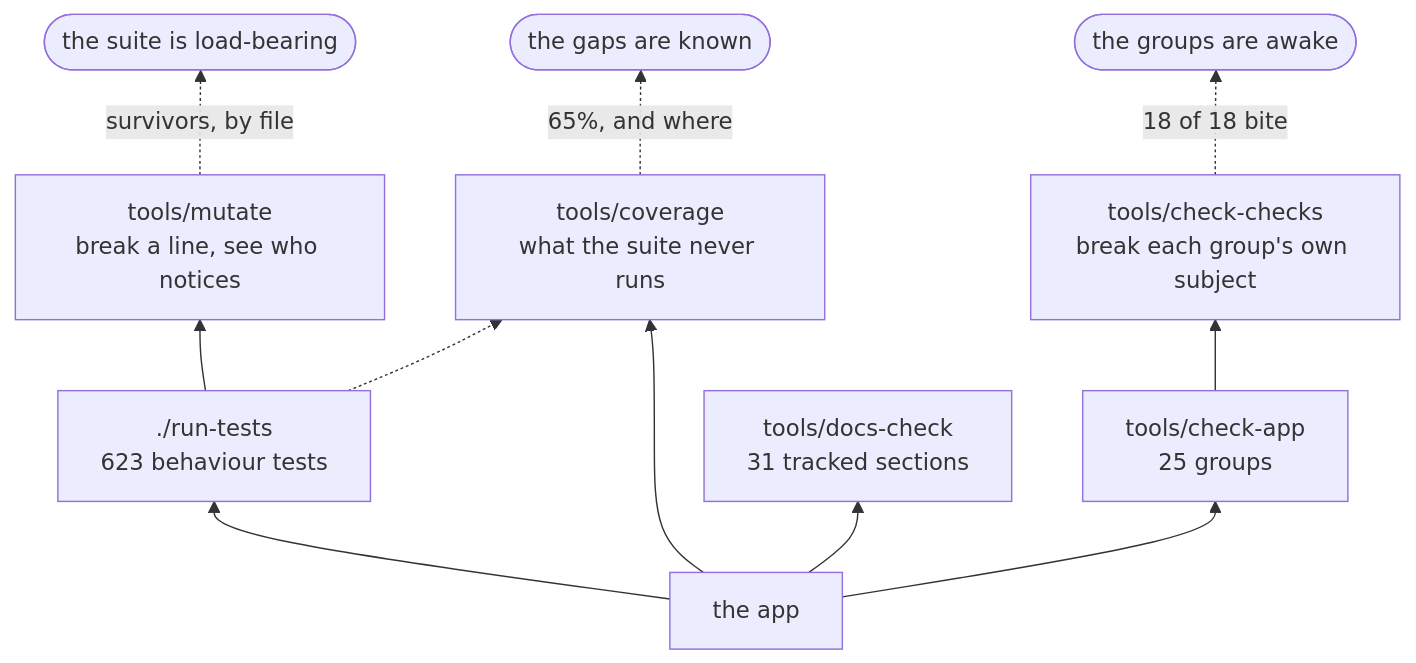
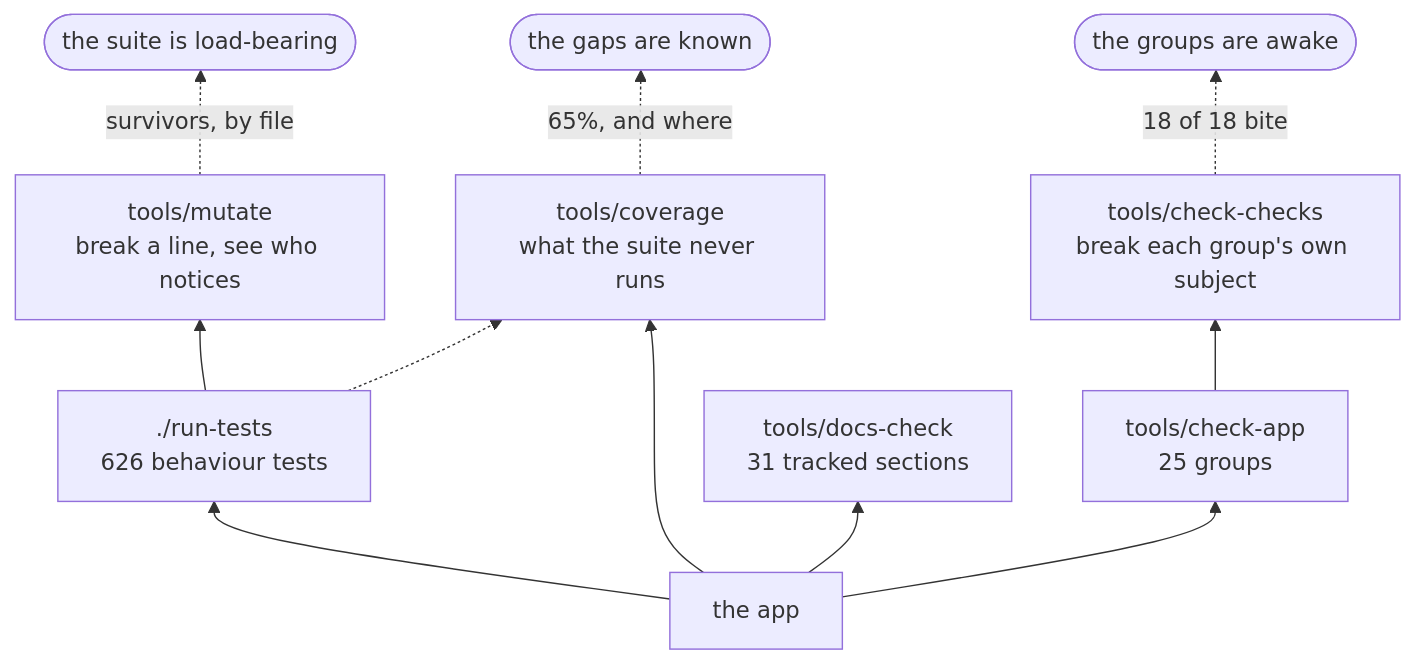
One commit to minormending/crystal-pilot-mobile changed the second of 2 diagrams in docs/DEVELOPING.md. Above: the diagram before and after it, drawn with Mermaid. The commit also changed other lines of this file and 5 other files, not shown here.

````diff
--- a/docs/DEVELOPING.md
+++ b/docs/DEVELOPING.md
@@ -124,13 +124,13 @@
 ```mermaid
 flowchart BT
-    C["the app"] --> T["./run-tests<br/>623 behaviour tests"]
+    C["the app"] --> T["./run-tests<br/>626 behaviour tests"]
     C --> A["tools/check-app<br/>25 groups"]
     C --> D["tools/docs-check<br/>31 tracked sections"]
     C --> V["tools/coverage<br/>what the suite never runs"]
     T --> M["tools/mutate<br/>break a line, see who notices"]
     A --> K["tools/check-checks<br/>break each group's own subject"]
     T -.-> V
     M -.->|"survivors, by file"| R(["the suite is load-bearing"])
     K -.->|"18 of 18 bite"| R2(["the groups are awake"])
     V -.->|"65%, and where"| R3(["the gaps are known"])
 ```
````
